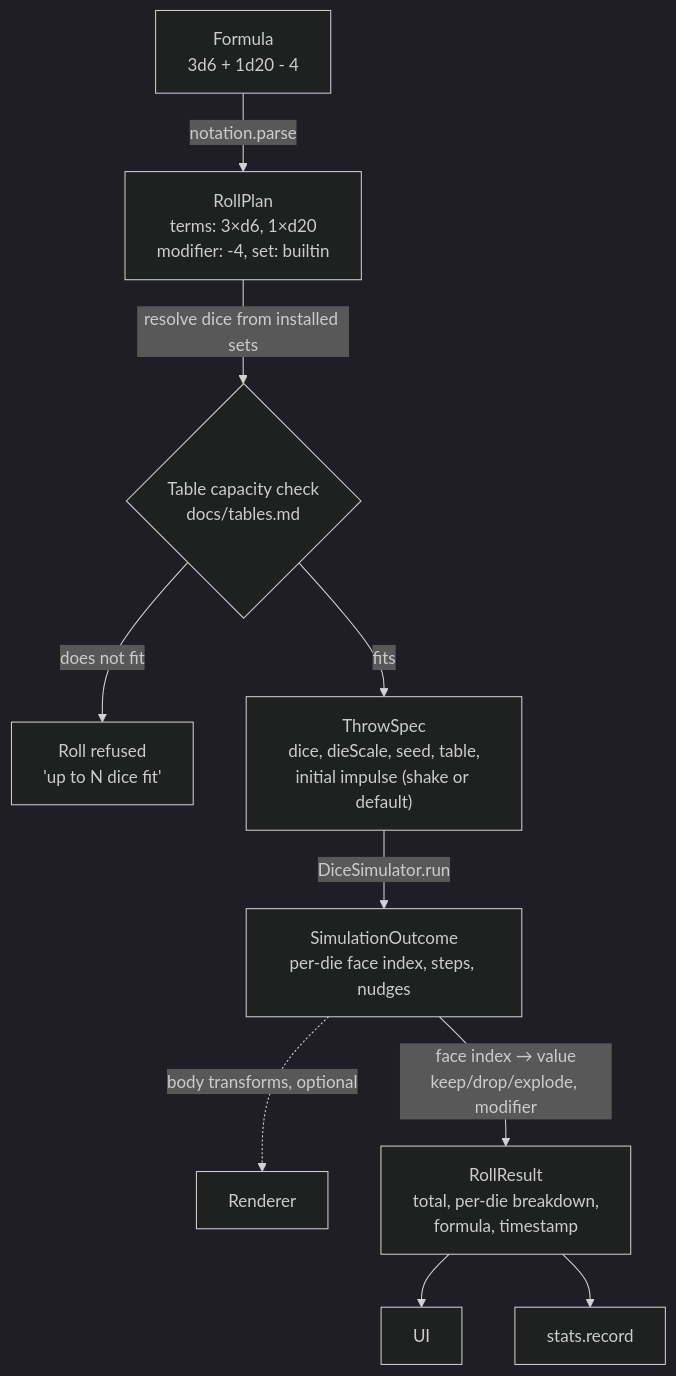
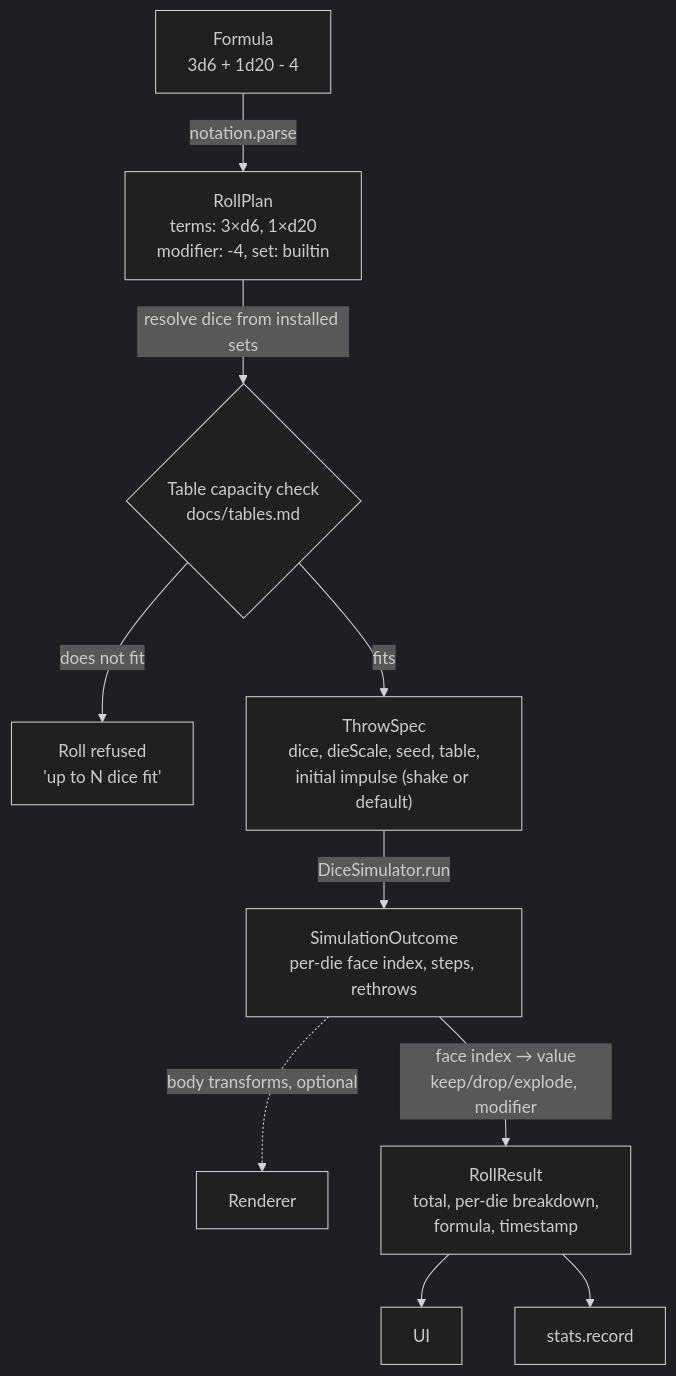
One commit to drehtuer/dInfinityApp changed the diagram in docs/architecture.md. Above: the diagram before and after it, drawn with Mermaid (dark theme). The commit also changed 6 other files, not shown here.

````diff
--- a/docs/architecture.md
+++ b/docs/architecture.md
@@ -76,12 +76,12 @@
 ```mermaid
 flowchart TD
     F["Formula<br/>3d6 + 1d20 - 4"] -->|notation.parse| P["RollPlan<br/>terms: 3×d6, 1×d20<br/>modifier: -4, set: builtin"]
     P -->|resolve dice from installed sets| C{Table capacity check<br/>docs/tables.md}
     C -->|does not fit| R["Roll refused<br/>'up to N dice fit'"]
     C -->|fits| T["ThrowSpec<br/>dice, dieScale, seed, table,<br/>initial impulse (shake or default)"]
-    T -->|DiceSimulator.run| S["SimulationOutcome<br/>per-die face index, steps, nudges"]
+    T -->|DiceSimulator.run| S["SimulationOutcome<br/>per-die face index, steps, rethrows"]
     S -.->|body transforms, optional| V[Renderer]
     S -->|face index → value<br/>keep/drop/explode, modifier| O["RollResult<br/>total, per-die breakdown,<br/>formula, timestamp"]
     O --> UI[UI]
     O --> ST[stats.record]
 ```
````
